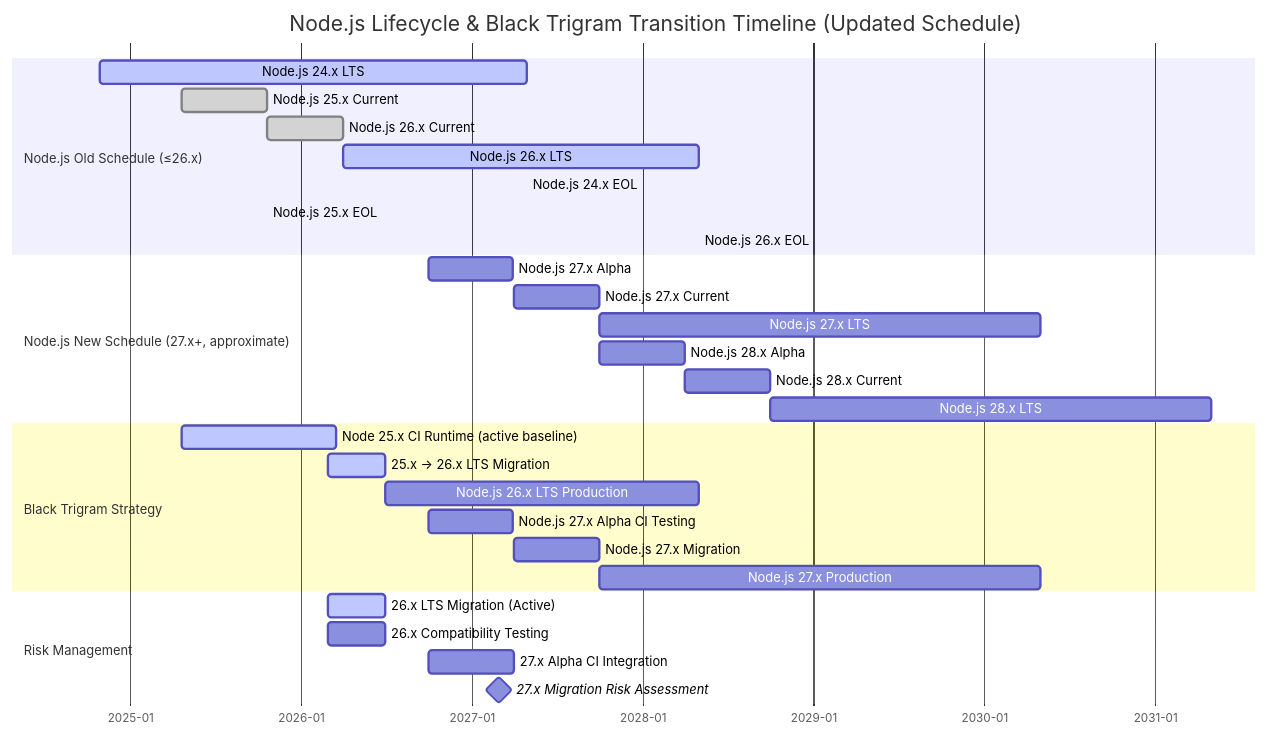
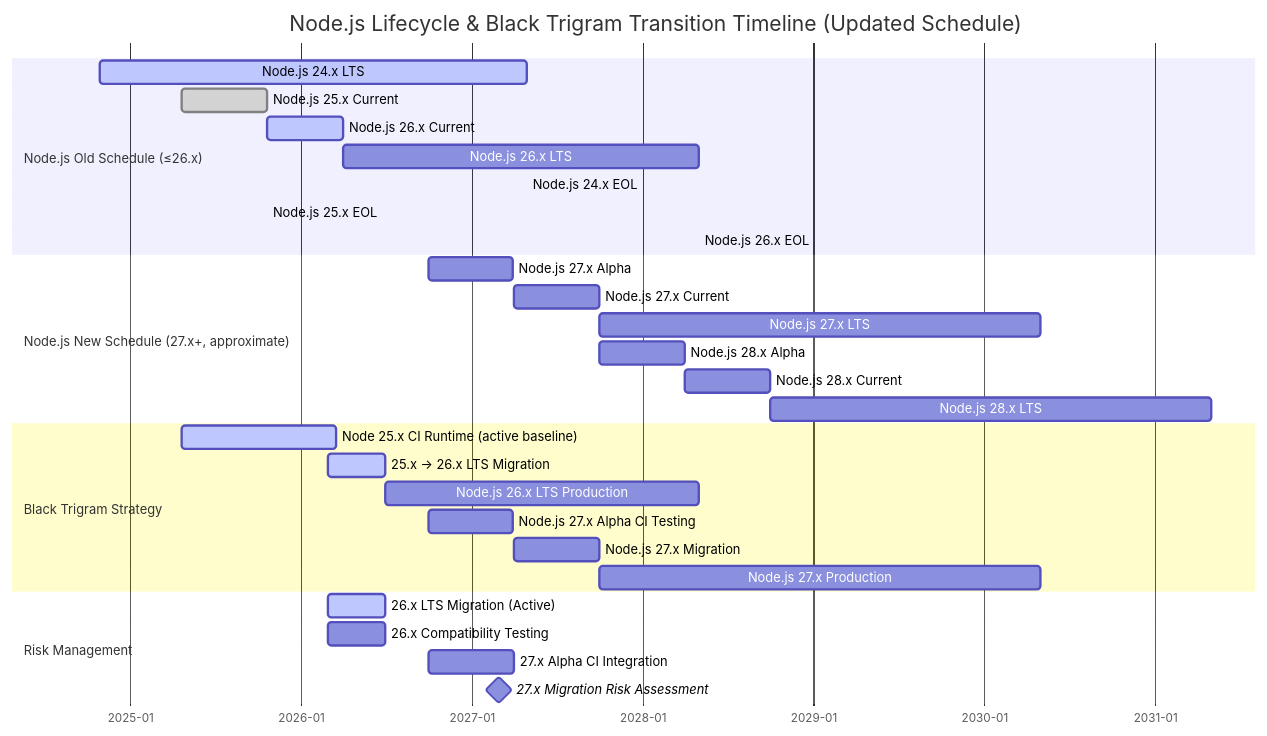
One commit to Hack23/blacktrigram changed the second of 8 diagrams in End-of-Life-Strategy.md. Above: the diagram before and after it, drawn with Mermaid. The commit also changed 1 other file, not shown here.

Commit message:
Fix Node 26.x gantt statuses and coding-agent React version
- End-of-Life-Strategy.md: Node 26.x Current :done→:active (ends 2026-04-01, still in progress); 26.x LTS removed :active (starts 2026-04-01, future)
- coding-agent.md: React 18+→React 19+ to match package.json (react ^19.2.4)

````diff
--- a/End-of-Life-Strategy.md
+++ b/End-of-Life-Strategy.md
@@ -175,37 +175,37 @@
 ```mermaid
 gantt
     title Node.js Lifecycle & Black Trigram Transition Timeline (Updated Schedule)
     dateFormat YYYY-MM-DD
     axisFormat %Y-%m
 
     section Node.js Old Schedule (≤26.x)
     Node.js 24.x LTS        :active, node24lts, 2024-10-29, 2027-04-30
     Node.js 25.x Current     :done, node25c, 2025-04-22, 2025-10-21
-    Node.js 26.x Current     :done, node26c, 2025-10-21, 2026-04-01
-    Node.js 26.x LTS         :active, node26lts, 2026-04-01, 2028-04-30
+    Node.js 26.x Current     :active, node26c, 2025-10-21, 2026-04-01
+    Node.js 26.x LTS         :node26lts, 2026-04-01, 2028-04-30
     Node.js 24.x EOL         :crit, node24eol, 2027-04-30, 0d
     Node.js 25.x EOL         :crit, node25eol, 2025-10-21, 0d
     Node.js 26.x EOL         :crit, node26eol, 2028-04-30, 0d
 
     section Node.js New Schedule (27.x+, approximate)
     Node.js 27.x Alpha       :node27a, 2026-10-01, 2027-03-31
     Node.js 27.x Current     :node27c, 2027-04-01, 2027-09-30
     Node.js 27.x LTS         :node27lts, 2027-10-01, 2030-04-30
     Node.js 28.x Alpha       :node28a, 2027-10-01, 2028-03-31
     Node.js 28.x Current     :node28c, 2028-04-01, 2028-09-30
     Node.js 28.x LTS         :node28lts, 2028-10-01, 2031-04-30
 
     section Black Trigram Strategy
     Node 25.x CI Runtime (active baseline) :active, bt25prod, 2025-04-22, 2026-03-18
     25.x → 26.x LTS Migration      :active, bt25mig, 2026-03-01, 2026-06-30
     Node.js 26.x LTS Production     :bt26prod, 2026-06-30, 2028-04-30
     Node.js 27.x Alpha CI Testing   :bt27alpha, 2026-10-01, 2027-03-31
     Node.js 27.x Migration          :bt27mig, 2027-04-01, 2027-09-30
     Node.js 27.x Production         :bt27prod, 2027-10-01, 2030-04-30
 
     section Risk Management
     26.x LTS Migration (Active)      :active, upgrade26, 2026-03-01, 2026-06-30
     26.x Compatibility Testing       :compat26, 2026-03-01, 2026-06-30
     27.x Alpha CI Integration        :alphaci, 2026-10-01, 2027-04-01
     27.x Migration Risk Assessment   :milestone, riskassess27, 2027-03-01, 0d
 ```
````
